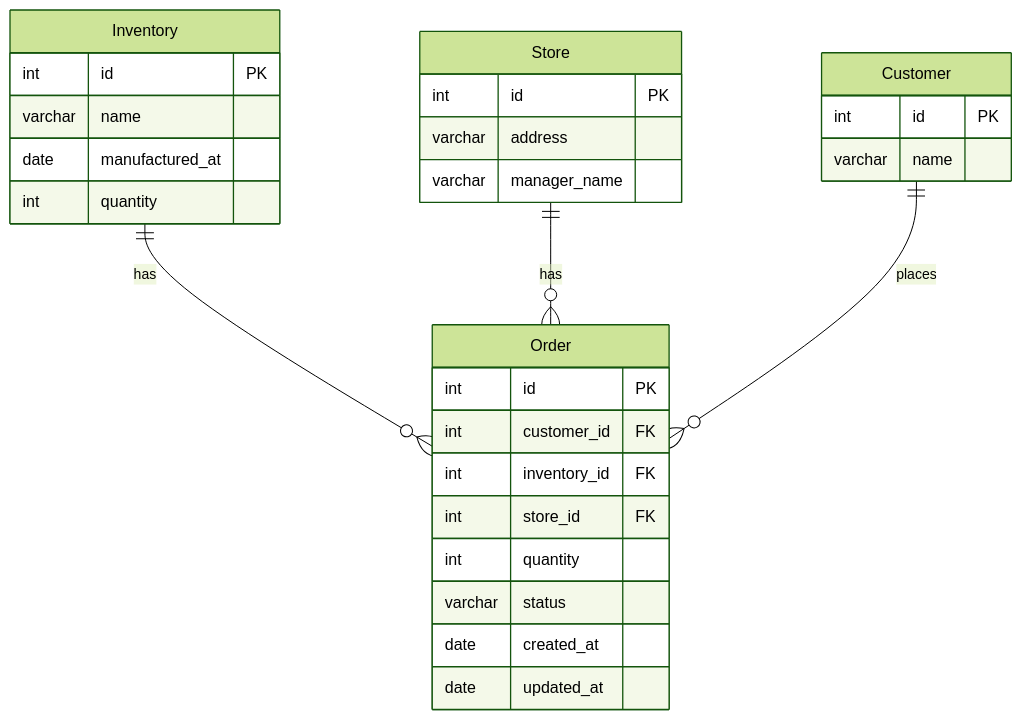
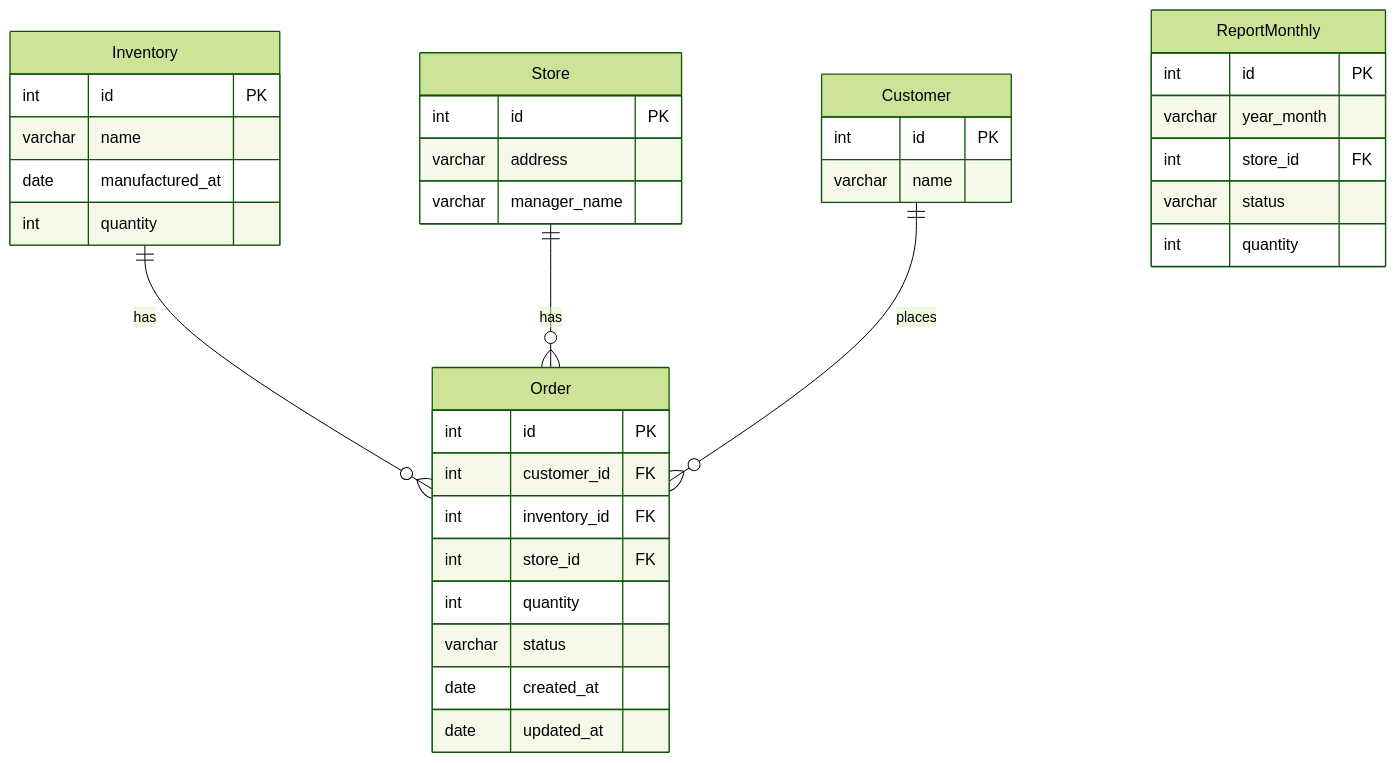
The third of 4 diagrams in README.md (ariunbayar/sweet), drawn with Mermaid (forest theme) before and after one commit. The commit also changed other lines of this file, not shown here.

````diff
--- a/README.md
+++ b/README.md
@@ -109,36 +109,44 @@
 ```mermaid
 erDiagram
 
 Inventory ||--o{ Order : has
 Store ||--o{ Order : has
 Customer ||--o{ Order : places
 
 Inventory {
     int id PK
     varchar name
     date manufactured_at
     int quantity
 }
 
 Store {
     int id PK
     varchar address
     varchar manager_name
 }
 
 Customer {
     int id PK
     varchar name
 }
 
 Order {
     int id PK
     int customer_id FK
     int inventory_id FK
     int store_id FK
     int quantity
     varchar status
     date created_at
     date updated_at
 }
+
+ReportMonthly {
+    int id PK
+    varchar year_month
+    int store_id FK
+    varchar status
+    int quantity
+}
 ```
````
